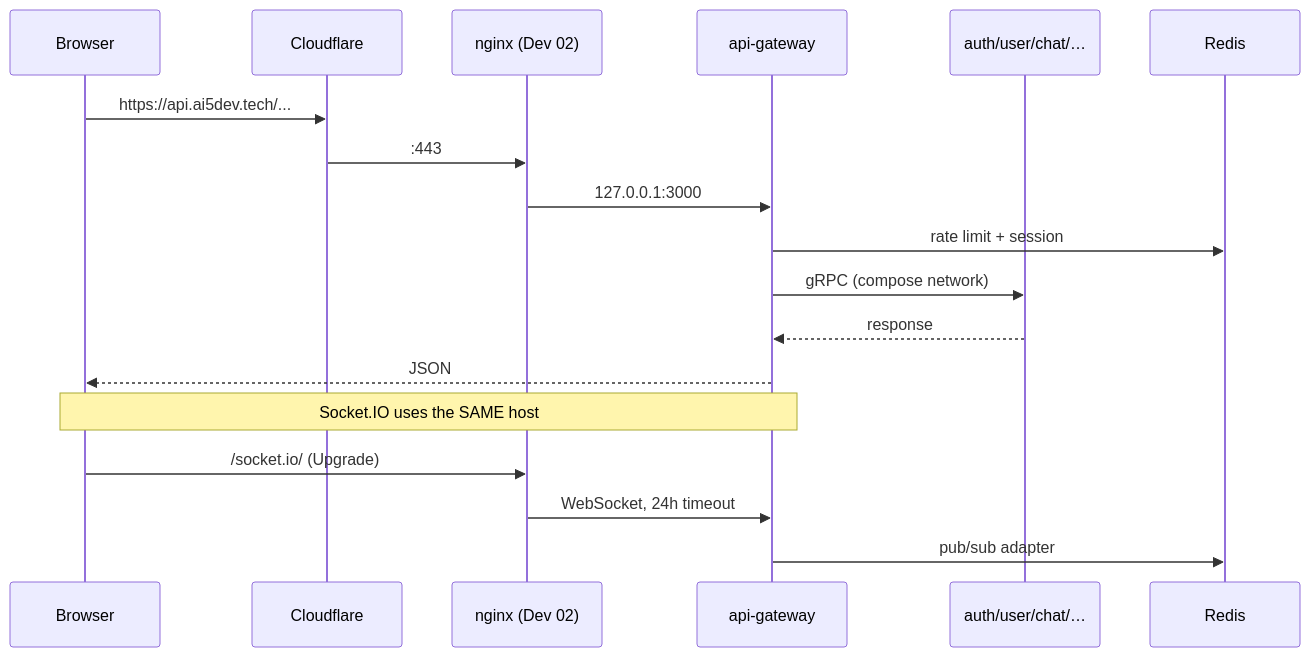
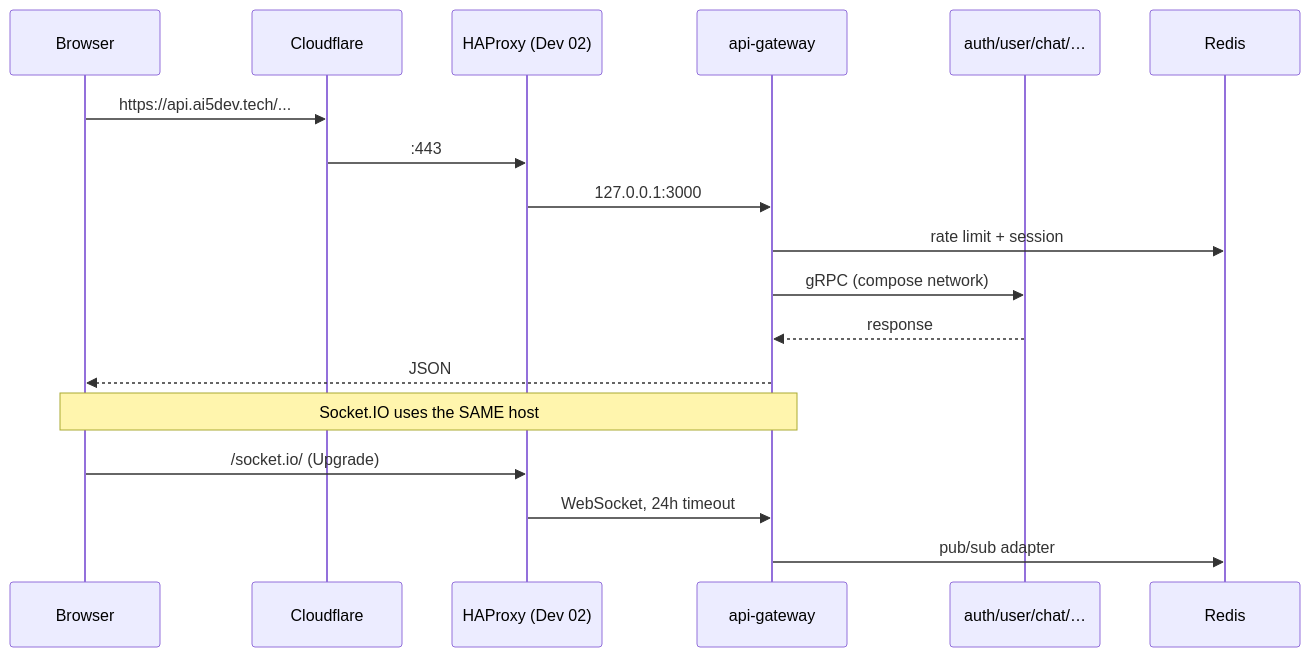
Before and after one commit to Rajesh-Sharma-18/aimess_backend: the third of 6 diagrams in deploy/ARCHITECTURE.md, drawn with Mermaid. The commit also changed other lines of this file and 3 other files, not shown here.

````diff
--- a/deploy/ARCHITECTURE.md
+++ b/deploy/ARCHITECTURE.md
@@ -189,22 +193,22 @@
 ```mermaid
 sequenceDiagram
     participant B as Browser
     participant CF as Cloudflare
-    participant N as nginx (Dev 02)
+    participant N as HAProxy (Dev 02)
     participant G as api-gateway
     participant S as auth/user/chat/…
     participant R as Redis
 
     B->>CF: https://api.ai5dev.tech/...
     CF->>N: :443
     N->>G: 127.0.0.1:3000
     G->>R: rate limit + session
     G->>S: gRPC (compose network)
     S-->>G: response
     G-->>B: JSON
 
     Note over B,G: Socket.IO uses the SAME host
     B->>N: /socket.io/ (Upgrade)
     N->>G: WebSocket, 24h timeout
     G->>R: pub/sub adapter
 ```
````
